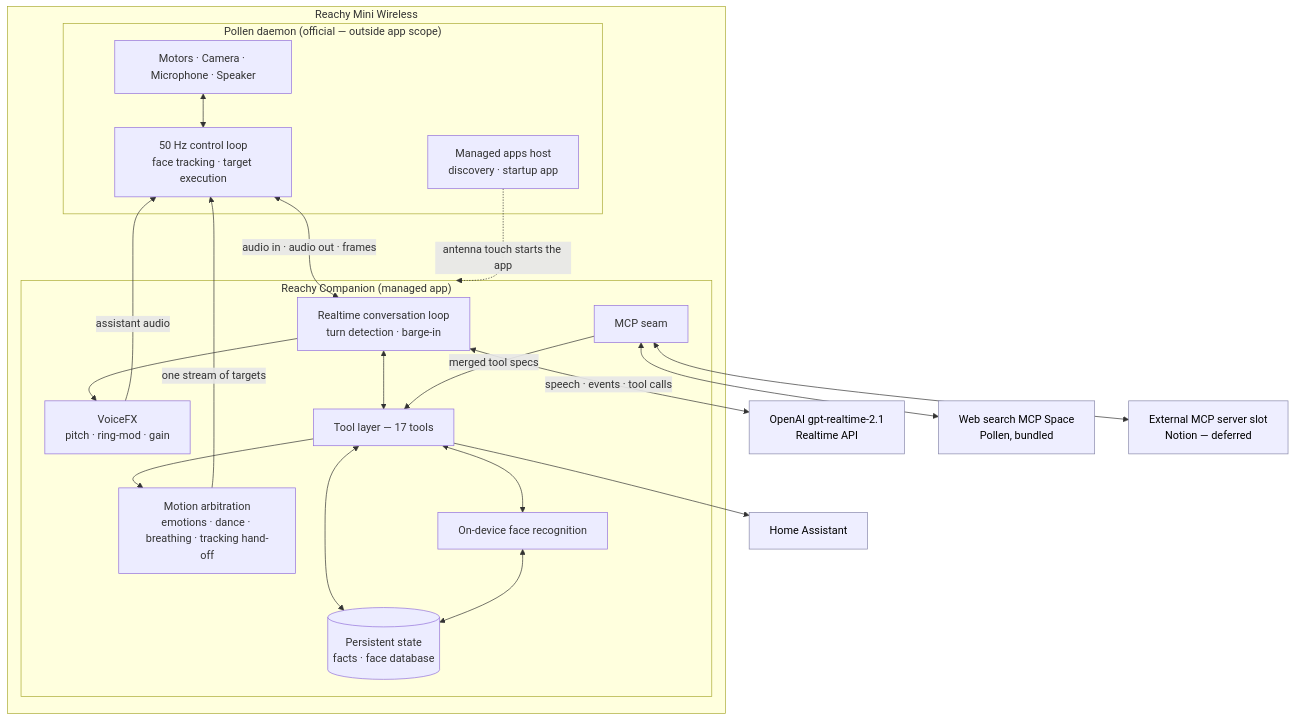
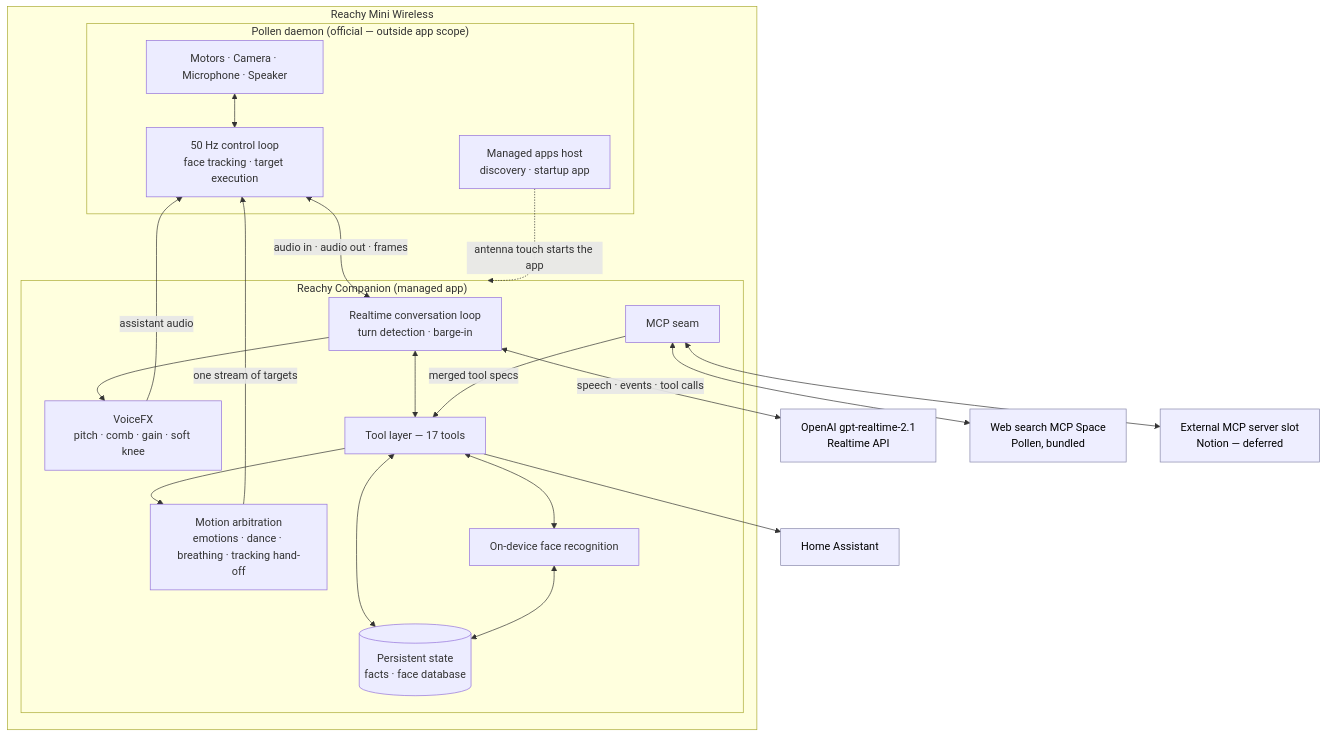
The diagram in docs/PRD.md (Novalien0424/Reachy-companion), drawn with Mermaid before and after one commit. The commit also changed other lines of this file and 9 other files, not shown here.

First line of the commit message:
fix: VoiceFX static — comb+soft-knee chain replaces 56 Hz tremolo and hard clip (D-017)

````diff
--- a/docs/PRD.md
+++ b/docs/PRD.md
@@ -794,44 +805,44 @@
 ```mermaid
 flowchart TB
     subgraph robot["Reachy Mini Wireless"]
         subgraph daemon["Pollen daemon (official — outside app scope)"]
             hw["Motors · Camera · Microphone · Speaker"]
             loop["50 Hz control loop<br/>face tracking · target execution"]
             apps["Managed apps host<br/>discovery · startup app"]
         end
         subgraph app["Reachy Companion (managed app)"]
             rt["Realtime conversation loop<br/>turn detection · barge-in"]
-            vfx["VoiceFX<br/>pitch · ring-mod · gain"]
+            vfx["VoiceFX<br/>pitch · comb · gain · soft knee"]
             motion["Motion arbitration<br/>emotions · dance · breathing · tracking hand-off"]
             tools["Tool layer — 17 tools"]
             mcp["MCP seam"]
             faceid["On-device face recognition"]
             store[("Persistent state<br/>facts · face database")]
         end
     end
 
     model["OpenAI gpt-realtime-2.1<br/>Realtime API"]
     search["Web search MCP Space<br/>Pollen, bundled"]
     mcpsrv["External MCP server slot<br/>Notion — deferred"]
     ha["Home Assistant"]
 
     hw <--> loop
     apps -.->|"antenna touch starts the app"| app
     loop <-->|"audio in · audio out · frames"| rt
     motion -->|"one stream of targets"| loop
     rt <-->|"speech · events · tool calls"| model
     rt --> vfx
     vfx -->|"assistant audio"| loop
     rt <--> tools
     tools --> motion
     tools <--> store
     tools <--> faceid
     faceid <--> store
     mcp -->|"merged tool specs"| tools
     mcp <--> search
     mcp <--> mcpsrv
     tools --> ha
 
     classDef cloud fill:#eef,stroke:#88a,color:#000
     class model,search,mcpsrv,ha cloud
 ```
````
